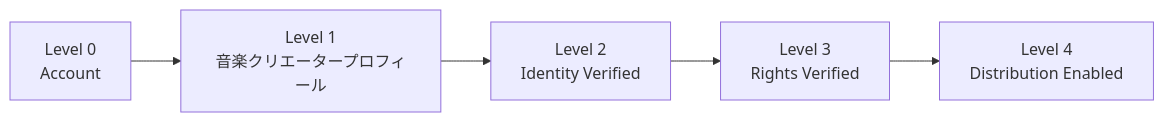
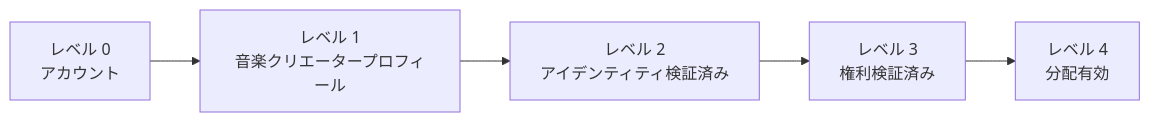
Before and after one commit to ShigeichiroYamasaki/creator-first-platform: the third of 29 diagrams in docs/whitepaper/05-creator-onboarding.md, drawn with Mermaid. The commit also changed other lines of this file and 72 other files, not shown here.

````diff
--- a/docs/whitepaper/05-creator-onboarding.md
+++ b/docs/whitepaper/05-creator-onboarding.md
@@ -127,10 +127,10 @@
 ```mermaid
 flowchart LR
-    L0[Level 0<br/>Account]
-    L1[Level 1<br/>音楽クリエータープロフィール]
-    L2[Level 2<br/>Identity Verified]
-    L3[Level 3<br/>Rights Verified]
-    L4[Level 4<br/>Distribution Enabled]
+    L0[レベル 0<br/>アカウント]
+    L1[レベル 1<br/>音楽クリエータープロフィール]
+    L2[レベル 2<br/>アイデンティティ検証済み]
+    L3[レベル 3<br/>権利検証済み]
+    L4[レベル 4<br/>分配有効]
 
     L0 --> L1 --> L2 --> L3 --> L4
 ```
````
